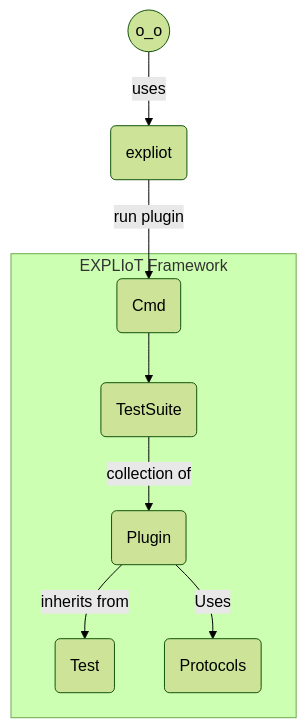
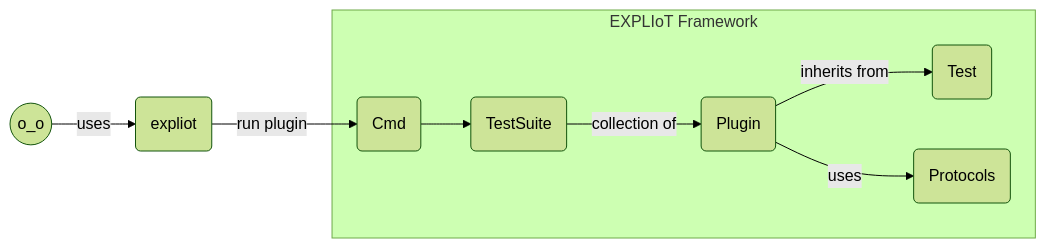
The diagram in README.md (expliot-framework/expliot), drawn with Mermaid (forest theme) before and after one commit.

Commit message:
Fix marmaid code block (fixes #8)

````diff
--- a/README.md
+++ b/README.md
@@ -646,12 +646,11 @@
 ```mermaid
-graph TD
+graph LR
 A((o_o)) --> |uses| B(expliot)
 B(expliot) -->|run plugin| C(Cmd)
-subgraph EXPLIoT Framework
+subgraph "EXPLIoT Framework"
     C --> D(TestSuite)
     D --> |collection of| E(Plugin)
     E --> |inherits from| F(Test)
-    E --> |Uses| G(Protocols)
+    E --> |uses| G(Protocols)
 end
-
 ```
````
